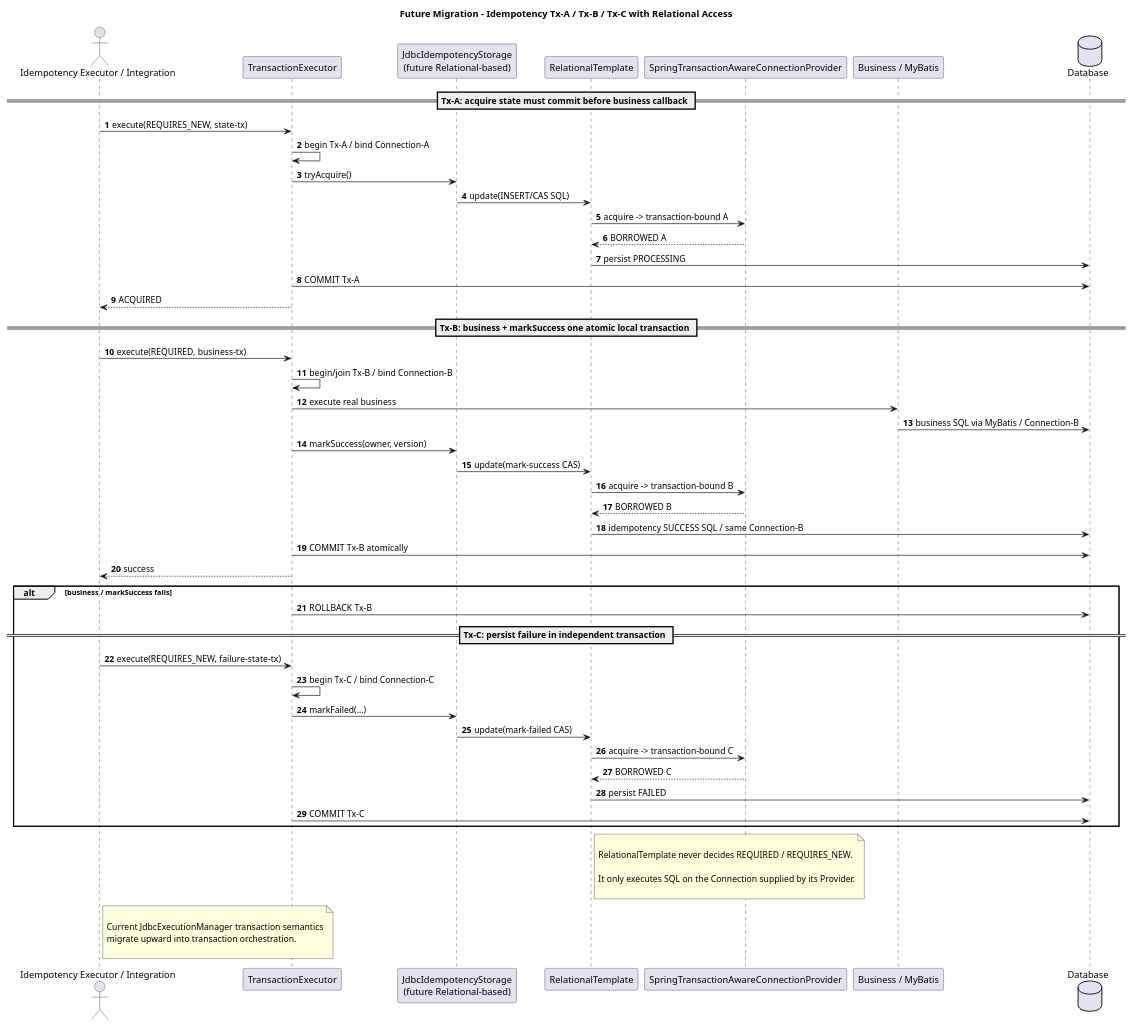
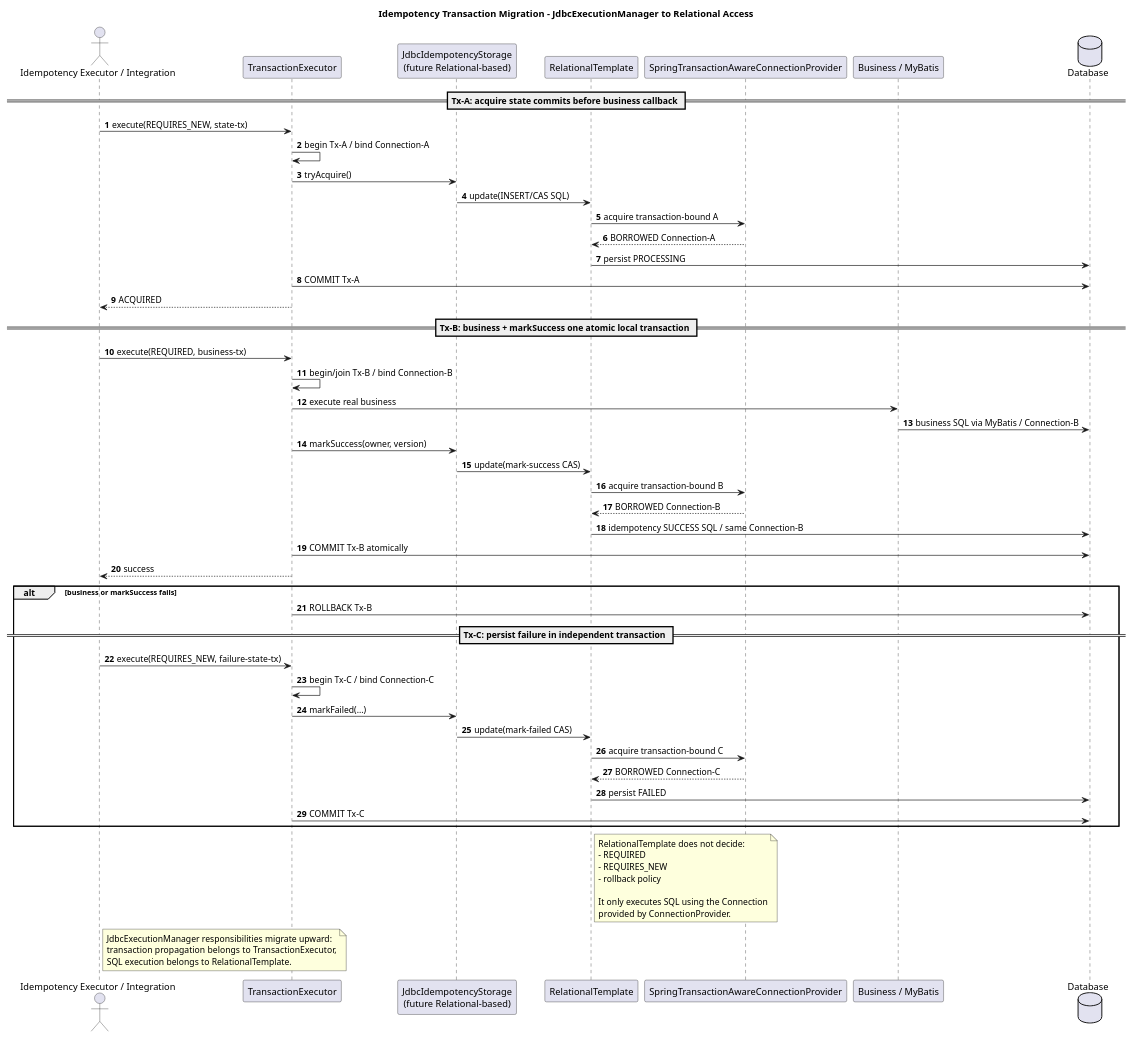
Before and after one commit to pbxjtumse/iron-components-java: the diagram in component/relational-access-component/docs/sequence/06-idempotency-txabc-migration.puml, drawn with PlantUML.

Commit message:
fix(relational-access): fix txabc migration sequence uml syntax

```diff
--- a/component/relational-access-component/docs/sequence/06-idempotency-txabc-migration.puml
+++ b/component/relational-access-component/docs/sequence/06-idempotency-txabc-migration.puml
@@ -1,68 +1,69 @@
 @startuml
-title Future Migration - Idempotency Tx-A / Tx-B / Tx-C with Relational Access
+title Idempotency Transaction Migration - JdbcExecutionManager to Relational Access
 
 autonumber
 skinparam shadowing false
 
 actor "Idempotency Executor / Integration" as IDEM
 participant "TransactionExecutor" as TX
 participant "JdbcIdempotencyStorage\n(future Relational-based)" as Storage
 participant "RelationalTemplate" as RT
 participant "SpringTransactionAwareConnectionProvider" as SCP
 participant "Business / MyBatis" as Biz
 database Database as DB
 
-== Tx-A: acquire state must commit before business callback ==
+== Tx-A: acquire state commits before business callback ==
 IDEM -> TX : execute(REQUIRES_NEW, state-tx)
 TX -> TX : begin Tx-A / bind Connection-A
 TX -> Storage : tryAcquire()
 Storage -> RT : update(INSERT/CAS SQL)
-RT -> SCP : acquire -> transaction-bound A
-SCP --> RT : BORROWED A
+RT -> SCP : acquire transaction-bound A
+SCP --> RT : BORROWED Connection-A
 RT -> DB : persist PROCESSING
 TX -> DB : COMMIT Tx-A
 TX --> IDEM : ACQUIRED
 
 == Tx-B: business + markSuccess one atomic local transaction ==
 IDEM -> TX : execute(REQUIRED, business-tx)
 TX -> TX : begin/join Tx-B / bind Connection-B
 TX -> Biz : execute real business
 Biz -> DB : business SQL via MyBatis / Connection-B
 TX -> Storage : markSuccess(owner, version)
 Storage -> RT : update(mark-success CAS)
-RT -> SCP : acquire -> transaction-bound B
-SCP --> RT : BORROWED B
+RT -> SCP : acquire transaction-bound B
+SCP --> RT : BORROWED Connection-B
 RT -> DB : idempotency SUCCESS SQL / same Connection-B
 TX -> DB : COMMIT Tx-B atomically
 TX --> IDEM : success
 
-alt business / markSuccess fails
-  TX -> DB : ROLLBACK Tx-B
+alt business or markSuccess fails
+    TX -> DB : ROLLBACK Tx-B
 
-  == Tx-C: persist failure in independent transaction ==
-  IDEM -> TX : execute(REQUIRES_NEW, failure-state-tx)
-  TX -> TX : begin Tx-C / bind Connection-C
-  TX -> Storage : markFailed(...)
-  Storage -> RT : update(mark-failed CAS)
-  RT -> SCP : acquire -> transaction-bound C
-  SCP --> RT : BORROWED C
-  RT -> DB : persist FAILED
-  TX -> DB : COMMIT Tx-C
+    == Tx-C: persist failure in independent transaction ==
+    IDEM -> TX : execute(REQUIRES_NEW, failure-state-tx)
+    TX -> TX : begin Tx-C / bind Connection-C
+    TX -> Storage : markFailed(...)
+    Storage -> RT : update(mark-failed CAS)
+    RT -> SCP : acquire transaction-bound C
+    SCP --> RT : BORROWED Connection-C
+    RT -> DB : persist FAILED
+    TX -> DB : COMMIT Tx-C
 end
 
 note right of RT
+RelationalTemplate does not decide:
+- REQUIRED
+- REQUIRES_NEW
+- rollback policy
 
-RelationalTemplate never decides REQUIRED / REQUIRES_NEW.
-
-It only executes SQL on the Connection supplied by its Provider.
-
+It only executes SQL using the Connection
+provided by ConnectionProvider.
 end note
 
 note right of IDEM
-
-Current JdbcExecutionManager transaction semantics
-migrate upward into transaction orchestration.
-
+JdbcExecutionManager responsibilities migrate upward:
+transaction propagation belongs to TransactionExecutor,
+SQL execution belongs to RelationalTemplate.
 end note
 
 @enduml
```
